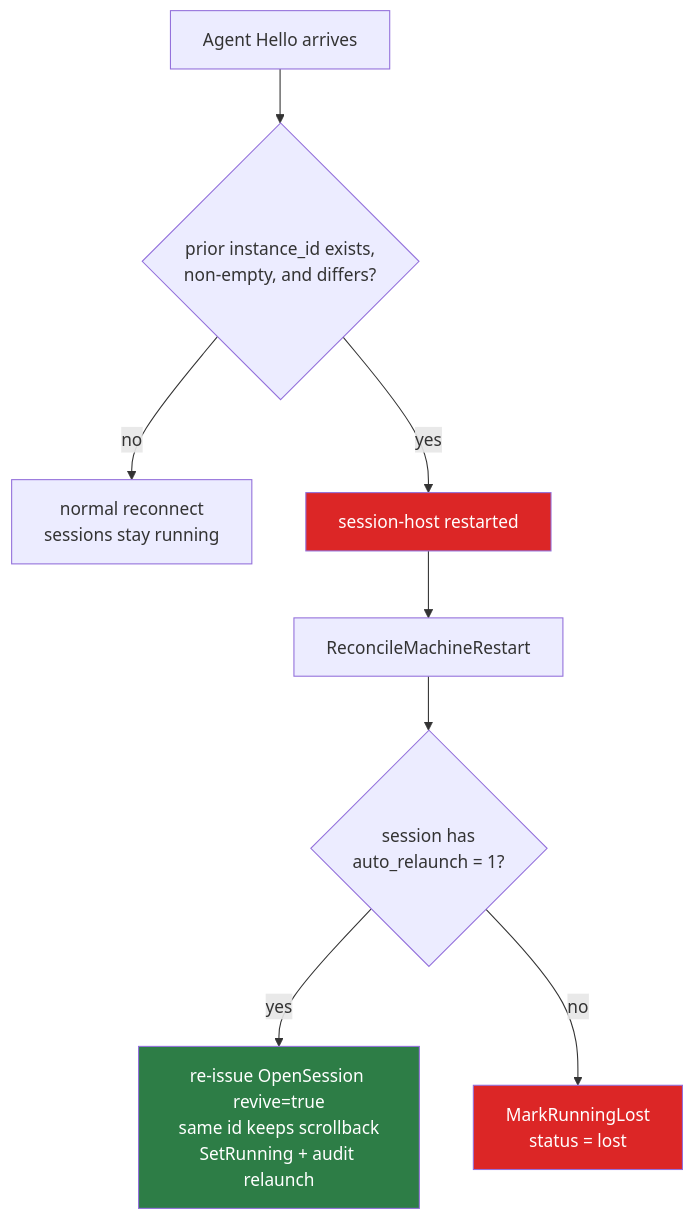
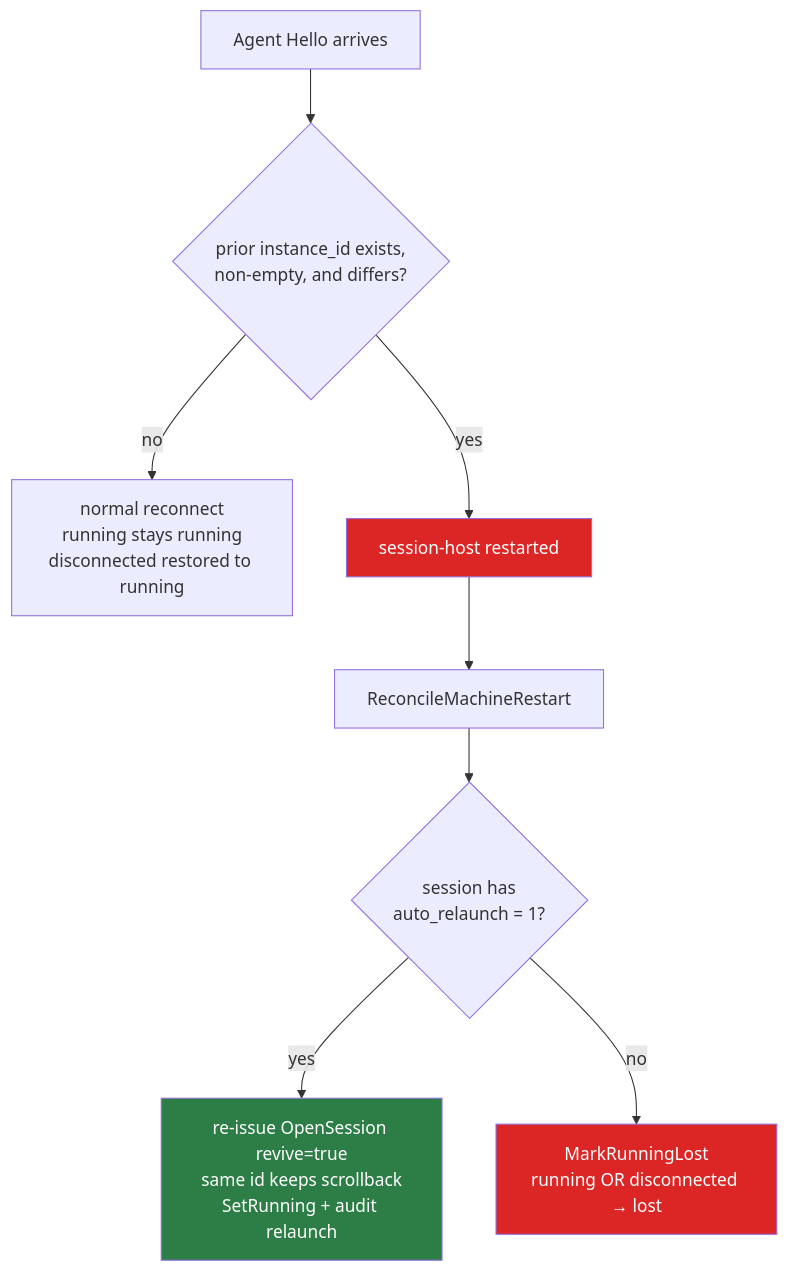
The third of 3 diagrams in docs/05-data-model.md (rizquuula/Constellate), drawn with Mermaid before and after one commit. The commit also changed other lines of this file and 10 other files, not shown here.

````diff
--- a/docs/05-data-model.md
+++ b/docs/05-data-model.md
@@ -130,13 +159,13 @@
 ```mermaid
 flowchart TD
     A[Agent Hello arrives] --> B{prior instance_id exists,<br/>non-empty, and differs?}
-    B -- no --> C[normal reconnect<br/>sessions stay running]
+    B -- no --> C[normal reconnect<br/>running stays running<br/>disconnected restored to running]
     B -- yes --> D[session-host restarted]
     D --> E[ReconcileMachineRestart]
     E --> F{session has<br/>auto_relaunch = 1?}
     F -- yes --> G[re-issue OpenSession revive=true<br/>same id keeps scrollback<br/>SetRunning + audit relaunch]
-    F -- no --> H[MarkRunningLost<br/>status = lost]
+    F -- no --> H[MarkRunningLost<br/>running OR disconnected → lost]
     style D fill:#dc2626,color:#fff
     style G fill:#2d7d46,color:#fff
     style H fill:#dc2626,color:#fff
 ```
````
